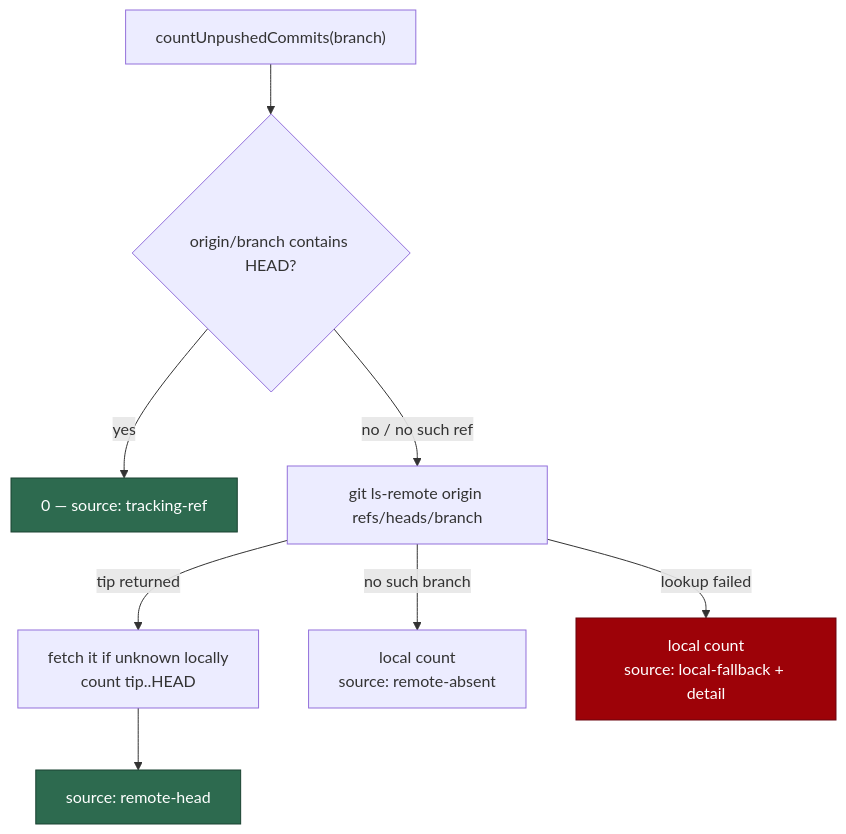
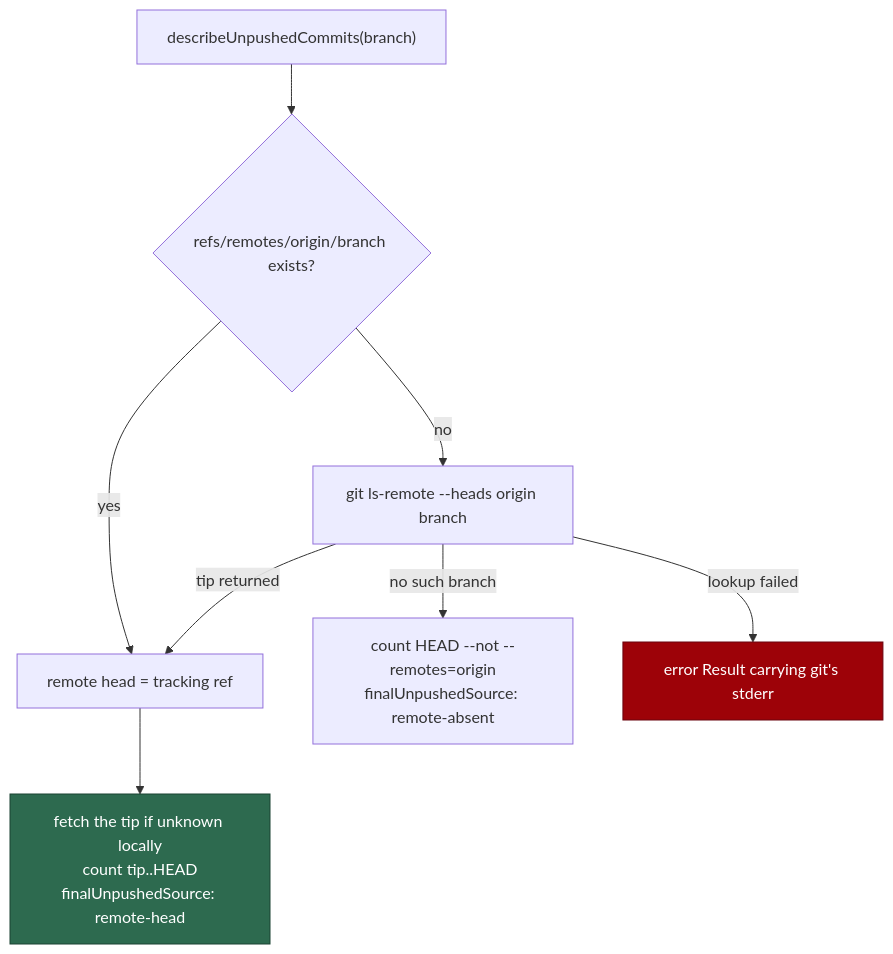
Before and after one commit to stSoftwareAU/VibeCoder: the tenth of 18 diagrams in docs/INTERNALS.md, drawn with Mermaid. The commit also changed other lines of this file and 15 other files, not shown here.

````diff
--- a/docs/INTERNALS.md
+++ b/docs/INTERNALS.md
@@ -1269,13 +1273,12 @@
 ```mermaid
 flowchart TD
-    A["countUnpushedCommits(branch)"] --> B{"origin/branch contains HEAD?"}
-    B -- yes --> C["0 — source: tracking-ref"]
-    B -- "no / no such ref" --> D["git ls-remote origin refs/heads/branch"]
-    D -- "tip returned" --> E["fetch it if unknown locally<br/>count tip..HEAD"]
-    E --> F["source: remote-head"]
-    D -- "no such branch" --> G["local count<br/>source: remote-absent"]
-    D -- "lookup failed" --> H["local count<br/>source: local-fallback + detail"]
-    style C fill:#2d6a4f,stroke:#1b4332,color:#fff
-    style F fill:#2d6a4f,stroke:#1b4332,color:#fff
+    A["describeUnpushedCommits(branch)"] --> B{"refs/remotes/origin/branch exists?"}
+    B -- yes --> C["remote head = tracking ref"]
+    B -- no --> D["git ls-remote --heads origin branch"]
+    D -- "tip returned" --> C
+    D -- "no such branch" --> G["count HEAD --not --remotes=origin<br/>finalUnpushedSource: remote-absent"]
+    D -- "lookup failed" --> H["error Result carrying git's stderr"]
+    C --> E["fetch the tip if unknown locally<br/>count tip..HEAD<br/>finalUnpushedSource: remote-head"]
+    style E fill:#2d6a4f,stroke:#1b4332,color:#fff
     style H fill:#9d0208,stroke:#6a040f,color:#fff
 ```
````
